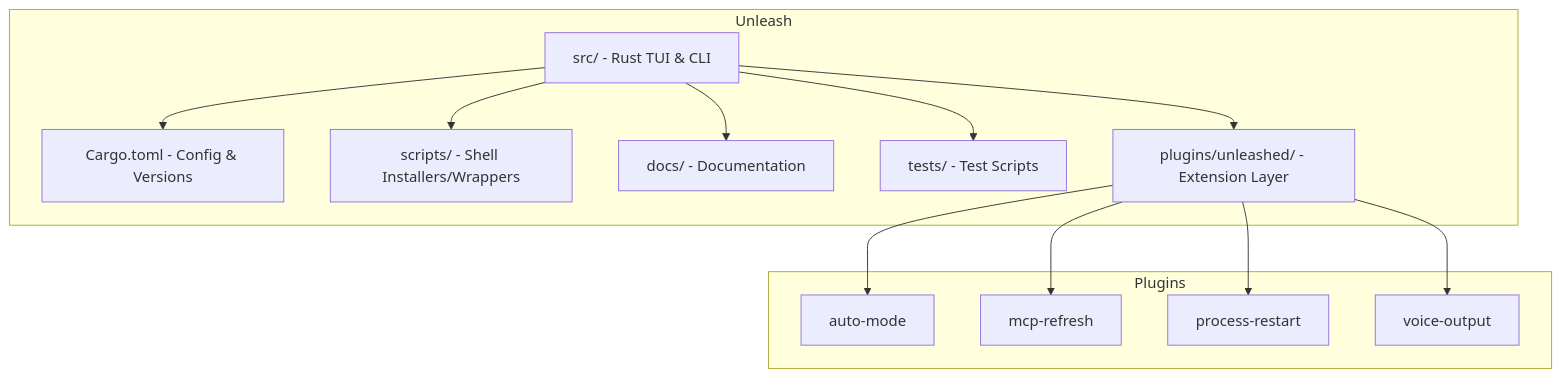
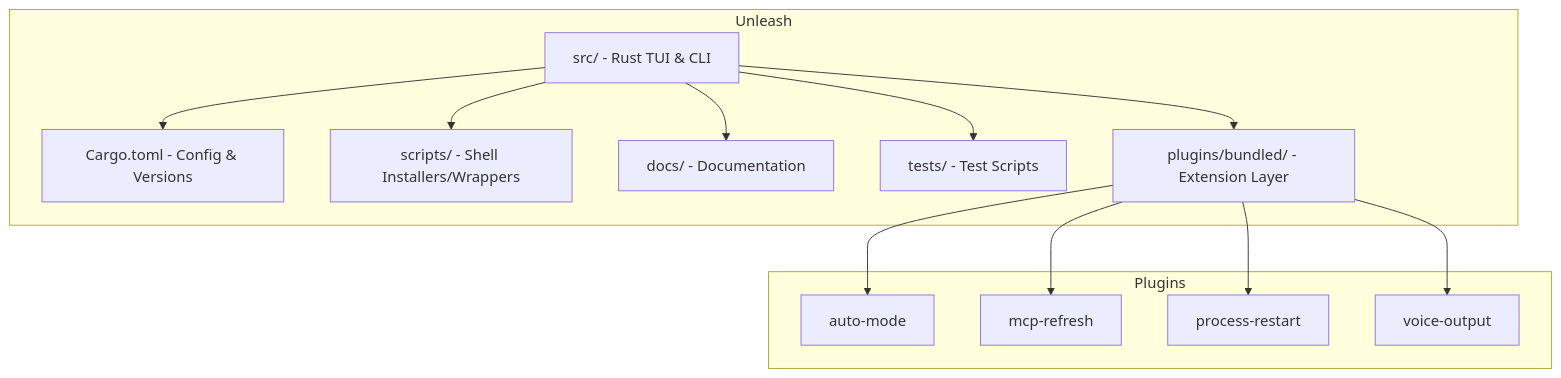
The first of 2 diagrams in README.md (heiervang-technologies/unleash), drawn with Mermaid before and after one commit. The commit also changed other lines of this file and 88 other files, not shown here.

````diff
--- a/README.md
+++ b/README.md
@@ -55,17 +54,17 @@
 ```mermaid
 graph TD
     subgraph Unleash
         A[src/ - Rust TUI & CLI] --> B[Cargo.toml - Config & Versions]
         A --> C[scripts/ - Shell Installers/Wrappers]
         A --> D[docs/ - Documentation]
         A --> E[tests/ - Test Scripts]
-        A --> F[plugins/unleashed/ - Extension Layer]
+        A --> F[plugins/bundled/ - Extension Layer]
     end
 
     subgraph Plugins
         F --> G[auto-mode]
         F --> H[mcp-refresh]
         F --> I[process-restart]
         F --> J[voice-output]
     end
 ```
````
